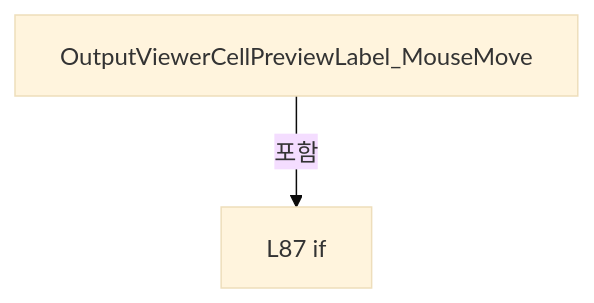
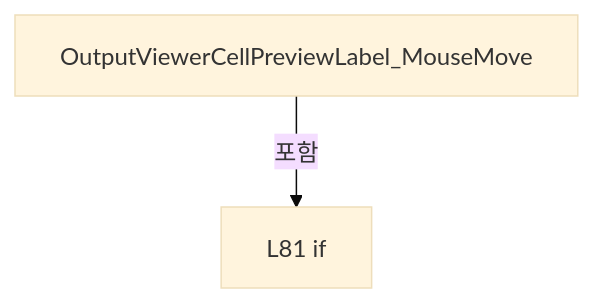
One commit to kjuws10-rgb/Shared changed the fifth of 6 diagrams in A3 LD Code Ref/files/Drilling.UI/Views/CCorrectionView.xaml.cs.md. Above: the diagram before and after it, drawn with Mermaid (base theme). The commit also changed other lines of this file and 1984 other files, not shown here.

Commit message:
docs(a3): update 11.17.0 architecture and complete code reference

````diff
--- a/A3 LD Code Ref/files/Drilling.UI/Views/CCorrectionView.xaml.cs.md
+++ b/A3 LD Code Ref/files/Drilling.UI/Views/CCorrectionView.xaml.cs.md
@@ -364,6 +355,6 @@
 ```mermaid
 flowchart TD
  M["OutputViewerCellPreviewLabel_MouseMove"]
- N0["L87 if"]
+ N0["L81 if"]
  M -->|포함| N0
 ```
````
